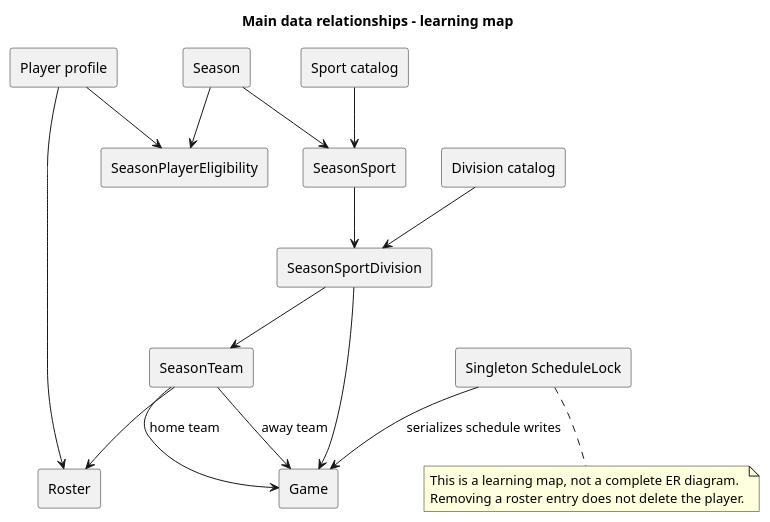
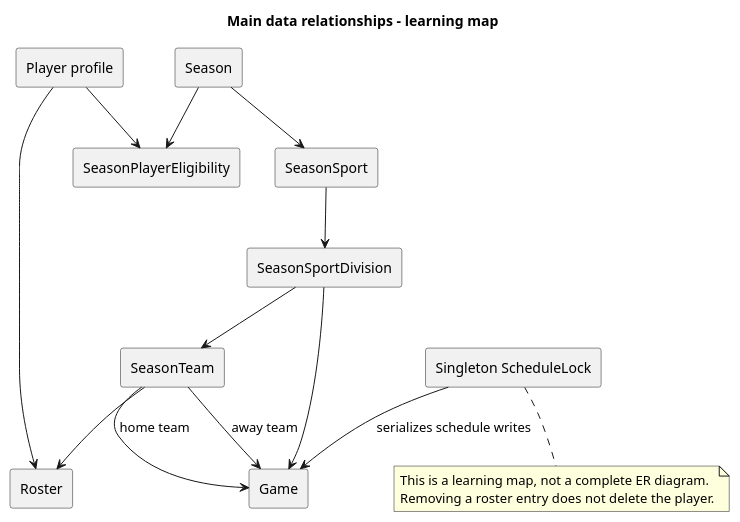
One commit to inamonanymous/BarangayLeagueSystem changed the diagram in docs/diagrams/flowcharts/18-data-relationships.puml. Above: the diagram before and after it, drawn with PlantUML. The commit also changed 108 other files, not shown here.

```diff
--- a/docs/diagrams/flowcharts/18-data-relationships.puml
+++ b/docs/diagrams/flowcharts/18-data-relationships.puml
@@ -1,32 +1,28 @@
 @startuml
 title Main data relationships - learning map
 skinparam shadowing false
 rectangle Season
-rectangle "Sport catalog" as Sport
 rectangle SeasonSport
-rectangle "Division catalog" as Division
 rectangle SeasonSportDivision
 rectangle SeasonTeam
 rectangle Roster
 rectangle "Player profile" as Player
 rectangle SeasonPlayerEligibility
 rectangle Game
 rectangle "Singleton ScheduleLock" as ScheduleLock
 Season --> SeasonSport
-Sport --> SeasonSport
 SeasonSport --> SeasonSportDivision
-Division --> SeasonSportDivision
 SeasonSportDivision --> SeasonTeam
 SeasonTeam --> Roster
 Player --> Roster
 Season --> SeasonPlayerEligibility
 Player --> SeasonPlayerEligibility
 SeasonSportDivision --> Game
 SeasonTeam --> Game : home team
 SeasonTeam --> Game : away team
 ScheduleLock --> Game : serializes schedule writes
 note bottom
   This is a learning map, not a complete ER diagram.
   Removing a roster entry does not delete the player.
 end note
 @enduml
```
